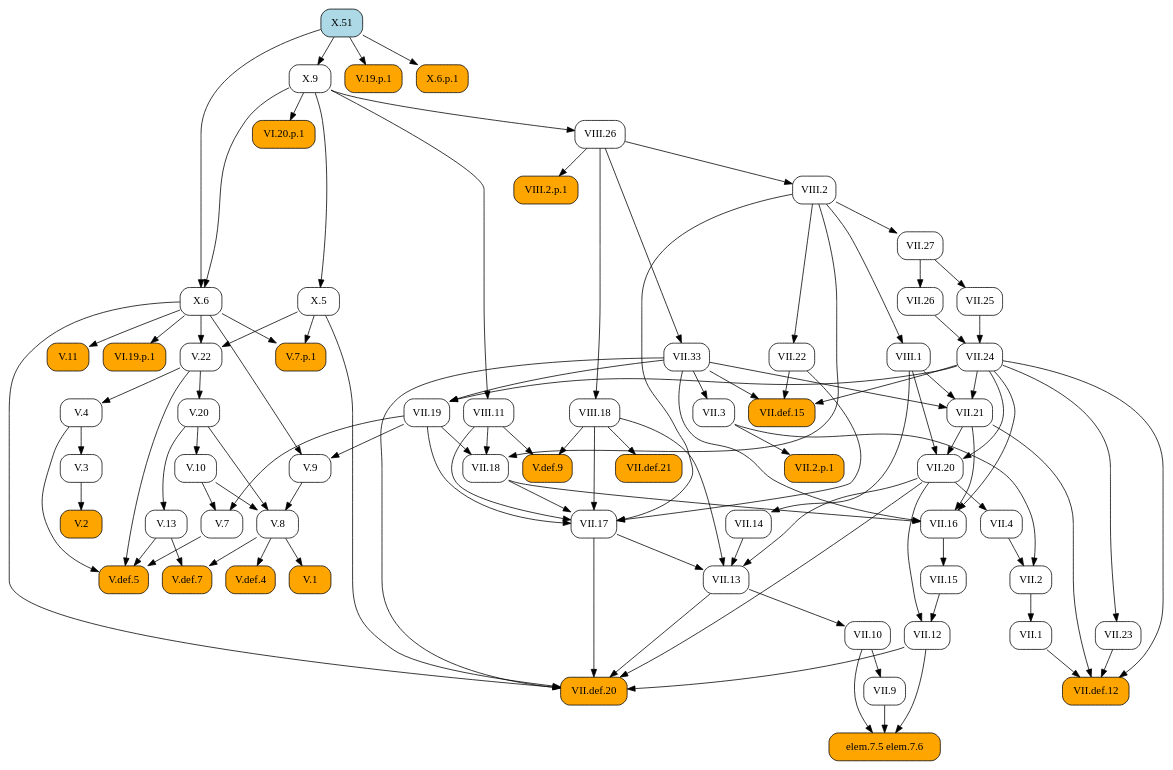
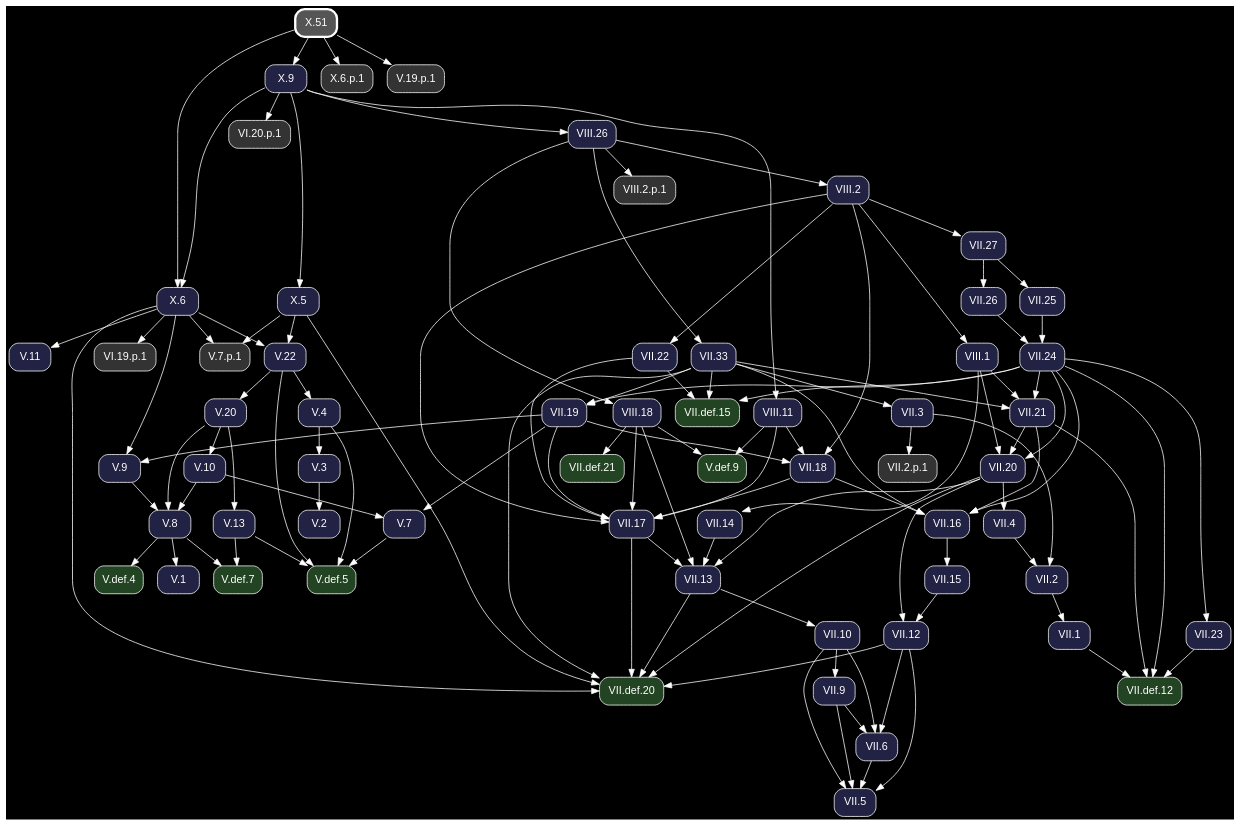
The diagram in docsrc/heath/X/51/index.rst (geometor/elements), drawn with Graphviz before and after one commit. The commit also changed other lines of this file and 1200 other files, not shown here.

Commit message:
update dependency graphs

```diff
--- a/docsrc/heath/X/51/index.rst
+++ b/docsrc/heath/X/51/index.rst
@@ -47,122 +47,88 @@
 .. graphviz::
 
    digraph {
+     bgcolor="black";
+     node [shape=box, style="rounded,filled", fontname="Helvetica", color="white", fontcolor="white"];
+     edge [color="white", fontcolor="white"];
      rankdir="TB";
-     node [shape=box, style=rounded];
-     "VII.33" [URL="/heath/VII/33/", target="_top"];
-     "VII.12" [URL="/heath/VII/12/", target="_top"];
-     "elem.7.5 elem.7.6" [style="rounded,filled", fillcolor=orange];
-     "X.9" [URL="/heath/X/9/", target="_top"];
-     "VII.9" [URL="/heath/VII/9/", target="_top"];
-     "V.13" [URL="/heath/V/13/", target="_top"];
-     "VIII.2" [URL="/heath/VIII/2/", target="_top"];
-     "VII.18" [URL="/heath/VII/18/", target="_top"];
-     "VII.16" [URL="/heath/VII/16/", target="_top"];
-     "V.7" [URL="/heath/V/7/", target="_top"];
-     "V.7.p.1" [style="rounded,filled", fillcolor=orange];
-     "VII.26" [URL="/heath/VII/26/", target="_top"];
-     "V.def.5" [style="rounded,filled", fillcolor=orange, URL="/heath/V/def.5/", target="_top"];
-     "X.6" [URL="/heath/X/6/", target="_top"];
-     "V.9" [URL="/heath/V/9/", target="_top"];
-     "VII.10" [URL="/heath/VII/10/", target="_top"];
-     "VII.13" [URL="/heath/VII/13/", target="_top"];
-     "VIII.18" [URL="/heath/VIII/18/", target="_top"];
-     "V.10" [URL="/heath/V/10/", target="_top"];
-     "V.4" [URL="/heath/V/4/", target="_top"];
-     "V.20" [URL="/heath/V/20/", target="_top"];
-     "VII.def.15" [style="rounded,filled", fillcolor=orange, URL="/heath/VII/def.15/", target="_top"];
-     "VI.20.p.1" [style="rounded,filled", fillcolor=orange];
-     "V.11" [style="rounded,filled", fillcolor=orange, URL="/heath/V/11/", target="_top"];
-     "VII.17" [URL="/heath/VII/17/", target="_top"];
-     "VIII.2.p.1" [style="rounded,filled", fillcolor=orange];
-     "VIII.11" [URL="/heath/VIII/11/", target="_top"];
-     "VII.19" [URL="/heath/VII/19/", target="_top"];
-     "VII.def.20" [style="rounded,filled", fillcolor=orange, URL="/heath/VII/def.20/", target="_top"];
-     "VII.2" [URL="/heath/VII/2/", target="_top"];
-     "V.def.4" [style="rounded,filled", fillcolor=orange, URL="/heath/V/def.4/", target="_top"];
-     "VII.15" [URL="/heath/VII/15/", target="_top"];
-     "VII.2.p.1" [style="rounded,filled", fillcolor=orange];
-     "V.2" [style="rounded,filled", fillcolor=orange, URL="/heath/V/2/", target="_top"];
-     "X.51" [style="rounded,filled", fillcolor=lightblue, URL="/heath/X/51/", target="_top"];
-     "V.def.7" [style="rounded,filled", fillcolor=orange, URL="/heath/V/def.7/", target="_top"];
-     "VII.14" [URL="/heath/VII/14/", target="_top"];
-     "V.3" [URL="/heath/V/3/", target="_top"];
-     "VII.27" [URL="/heath/VII/27/", target="_top"];
-     "X.5" [URL="/heath/X/5/", target="_top"];
-     "VII.21" [URL="/heath/VII/21/", target="_top"];
-     "VI.19.p.1" [style="rounded,filled", fillcolor=orange];
-     "VII.22" [URL="/heath/VII/22/", target="_top"];
-     "VII.25" [URL="/heath/VII/25/", target="_top"];
-     "VIII.1" [URL="/heath/VIII/1/", target="_top"];
-     "VII.1" [URL="/heath/VII/1/", target="_top"];
-     "V.8" [URL="/heath/V/8/", target="_top"];
-     "VII.23" [URL="/heath/VII/23/", target="_top"];
-     "VII.4" [URL="/heath/VII/4/", target="_top"];
-     "VII.20" [URL="/heath/VII/20/", target="_top"];
-     "VII.def.12" [style="rounded,filled", fillcolor=orange, URL="/heath/VII/def.12/", target="_top"];
-     "V.22" [URL="/heath/V/22/", target="_top"];
-     "V.1" [style="rounded,filled", fillcolor=orange, URL="/heath/V/1/", target="_top"];
-     "V.def.9" [style="rounded,filled", fillcolor=orange, URL="/heath/V/def.9/", target="_top"];
-     "V.19.p.1" [style="rounded,filled", fillcolor=orange];
-     "VII.3" [URL="/heath/VII/3/", target="_top"];
-     "VII.24" [URL="/heath/VII/24/", target="_top"];
-     "VIII.26" [URL="/heath/VIII/26/", target="_top"];
-     "X.6.p.1" [style="rounded,filled", fillcolor=orange];
-     "VII.def.21" [style="rounded,filled", fillcolor=orange, URL="/heath/VII/def.21/", target="_top"];
-     "VIII.26" -> "VII.33";
-     "VII.15" -> "VII.12";
-     "VII.20" -> "VII.12";
-     "VII.9" -> "elem.7.5 elem.7.6";
-     "VII.10" -> "elem.7.5 elem.7.6";
-     "VII.12" -> "elem.7.5 elem.7.6";
-     "X.51" -> "X.9";
-     "VII.10" -> "VII.9";
-     "V.20" -> "V.13";
-     "VIII.26" -> "VIII.2";
-     "VII.19" -> "VII.18";
-     "VIII.2" -> "VII.18";
-     "VIII.11" -> "VII.18";
-     "VII.18" -> "VII.16";
-     "VII.21" -> "VII.16";
-     "VII.24" -> "VII.16";
-     "VII.33" -> "VII.16";
-     "V.10" -> "V.7";
-     "VII.19" -> "V.7";
-     "X.5" -> "V.7.p.1";
-     "X.6" -> "V.7.p.1";
-     "VII.27" -> "VII.26";
+     "V.def.5" [fillcolor="#224422", URL="/heath/V/def.5/", target="_top"];
+     "V.22" [fillcolor="#222244", URL="/heath/V/22/", target="_top"];
+     "VII.33" [fillcolor="#222244", URL="/heath/VII/33/", target="_top"];
+     "X.6" [fillcolor="#222244", URL="/heath/X/6/", target="_top"];
+     "V.def.9" [fillcolor="#224422", URL="/heath/V/def.9/", target="_top"];
+     "VII.18" [fillcolor="#222244", URL="/heath/VII/18/", target="_top"];
+     "VII.2" [fillcolor="#222244", URL="/heath/VII/2/", target="_top"];
+     "VIII.26" [fillcolor="#222244", URL="/heath/VIII/26/", target="_top"];
+     "VII.def.20" [fillcolor="#224422", URL="/heath/VII/def.20/", target="_top"];
+     "VII.26" [fillcolor="#222244", URL="/heath/VII/26/", target="_top"];
+     "VII.1" [fillcolor="#222244", URL="/heath/VII/1/", target="_top"];
+     "VII.13" [fillcolor="#222244", URL="/heath/VII/13/", target="_top"];
+     "VI.19.p.1" [fillcolor="#333333"];
+     "VIII.2.p.1" [fillcolor="#333333"];
+     "VII.27" [fillcolor="#222244", URL="/heath/VII/27/", target="_top"];
+     "VII.4" [fillcolor="#222244", URL="/heath/VII/4/", target="_top"];
+     "VII.25" [fillcolor="#222244", URL="/heath/VII/25/", target="_top"];
+     "V.4" [fillcolor="#222244", URL="/heath/V/4/", target="_top"];
+     "VII.14" [fillcolor="#222244", URL="/heath/VII/14/", target="_top"];
+     "VI.20.p.1" [fillcolor="#333333"];
+     "VII.21" [fillcolor="#222244", URL="/heath/VII/21/", target="_top"];
+     "VII.9" [fillcolor="#222244", URL="/heath/VII/9/", target="_top"];
+     "V.7" [fillcolor="#222244", URL="/heath/V/7/", target="_top"];
+     "VII.12" [fillcolor="#222244", URL="/heath/VII/12/", target="_top"];
+     "V.9" [fillcolor="#222244", URL="/heath/V/9/", target="_top"];
+     "VII.17" [fillcolor="#222244", URL="/heath/VII/17/", target="_top"];
+     "VII.24" [fillcolor="#222244", URL="/heath/VII/24/", target="_top"];
+     "VII.22" [fillcolor="#222244", URL="/heath/VII/22/", target="_top"];
+     "VIII.2" [fillcolor="#222244", URL="/heath/VIII/2/", target="_top"];
+     "X.9" [fillcolor="#222244", URL="/heath/X/9/", target="_top"];
+     "V.11" [fillcolor="#222244", URL="/heath/V/11/", target="_top"];
+     "V.def.7" [fillcolor="#224422", URL="/heath/V/def.7/", target="_top"];
+     "VII.20" [fillcolor="#222244", URL="/heath/VII/20/", target="_top"];
+     "V.def.4" [fillcolor="#224422", URL="/heath/V/def.4/", target="_top"];
+     "V.20" [fillcolor="#222244", URL="/heath/V/20/", target="_top"];
+     "VIII.18" [fillcolor="#222244", URL="/heath/VIII/18/", target="_top"];
+     "VII.5" [fillcolor="#222244", URL="/heath/VII/5/", target="_top"];
+     "X.5" [fillcolor="#222244", URL="/heath/X/5/", target="_top"];
+     "X.6.p.1" [fillcolor="#333333"];
+     "VII.def.15" [fillcolor="#224422", URL="/heath/VII/def.15/", target="_top"];
+     "VII.2.p.1" [fillcolor="#333333"];
+     "VII.6" [fillcolor="#222244", URL="/heath/VII/6/", target="_top"];
+     "VII.16" [fillcolor="#222244", URL="/heath/VII/16/", target="_top"];
+     "V.19.p.1" [fillcolor="#333333"];
+     "VII.15" [fillcolor="#222244", URL="/heath/VII/15/", target="_top"];
+     "V.2" [fillcolor="#222244", URL="/heath/V/2/", target="_top"];
+     "V.1" [fillcolor="#222244", URL="/heath/V/1/", target="_top"];
+     "VII.10" [fillcolor="#222244", URL="/heath/VII/10/", target="_top"];
+     "VII.23" [fillcolor="#222244", URL="/heath/VII/23/", target="_top"];
+     "VII.def.12" [fillcolor="#224422", URL="/heath/VII/def.12/", target="_top"];
+     "VII.19" [fillcolor="#222244", URL="/heath/VII/19/", target="_top"];
+     "V.13" [fillcolor="#222244", URL="/heath/V/13/", target="_top"];
+     "V.8" [fillcolor="#222244", URL="/heath/V/8/", target="_top"];
+     "V.7.p.1" [fillcolor="#333333"];
+     "VII.def.21" [fillcolor="#224422", URL="/heath/VII/def.21/", target="_top"];
+     "VIII.1" [fillcolor="#222244", URL="/heath/VIII/1/", target="_top"];
+     "VII.3" [fillcolor="#222244", URL="/heath/VII/3/", target="_top"];
+     "X.51" [penwidth=3, color="white", fillcolor="#555555", URL="/heath/X/51/", target="_top"];
+     "V.3" [fillcolor="#222244", URL="/heath/V/3/", target="_top"];
+     "V.10" [fillcolor="#222244", URL="/heath/V/10/", target="_top"];
+     "VIII.11" [fillcolor="#222244", URL="/heath/VIII/11/", target="_top"];
      "V.4" -> "V.def.5";
      "V.7" -> "V.def.5";
      "V.13" -> "V.def.5";
      "V.22" -> "V.def.5";
+     "X.5" -> "V.22";
+     "X.6" -> "V.22";
+     "VIII.26" -> "VII.33";
      "X.9" -> "X.6";
      "X.51" -> "X.6";
-     "VII.19" -> "V.9";
-     "X.6" -> "V.9";
-     "VII.13" -> "VII.10";
-     "VII.14" -> "VII.13";
-     "VII.17" -> "VII.13";
-     "VII.20" -> "VII.13";
-     "VIII.18" -> "VII.13";
-     "VIII.26" -> "VIII.18";
-     "V.20" -> "V.10";
-     "V.22" -> "V.4";
-     "V.22" -> "V.20";
-     "VII.22" -> "VII.def.15";
-     "VII.24" -> "VII.def.15";
-     "VII.33" -> "VII.def.15";
-     "X.9" -> "VI.20.p.1";
-     "X.6" -> "V.11";
-     "VII.18" -> "VII.17";
-     "VII.19" -> "VII.17";
-     "VII.22" -> "VII.17";
-     "VIII.2" -> "VII.17";
-     "VIII.11" -> "VII.17";
-     "VIII.18" -> "VII.17";
-     "VIII.26" -> "VIII.2.p.1";
-     "X.9" -> "VIII.11";
-     "VII.24" -> "VII.19";
-     "VII.33" -> "VII.19";
+     "VIII.11" -> "V.def.9";
+     "VIII.18" -> "V.def.9";
+     "VII.19" -> "VII.18";
+     "VIII.2" -> "VII.18";
+     "VIII.11" -> "VII.18";
+     "VII.3" -> "VII.2";
+     "VII.4" -> "VII.2";
+     "X.9" -> "VIII.26";
      "VII.12" -> "VII.def.20";
      "VII.13" -> "VII.def.20";
      "VII.17" -> "VII.def.20";
@@ -170,48 +136,89 @@
      "VII.33" -> "VII.def.20";
      "X.5" -> "VII.def.20";
      "X.6" -> "VII.def.20";
-     "VII.3" -> "VII.2";
-     "VII.4" -> "VII.2";
-     "V.8" -> "V.def.4";
-     "VII.16" -> "VII.15";
-     "VII.3" -> "VII.2.p.1";
-     "V.3" -> "V.2";
-     "V.8" -> "V.def.7";
-     "V.13" -> "V.def.7";
+     "VII.27" -> "VII.26";
+     "VII.2" -> "VII.1";
+     "VII.14" -> "VII.13";
+     "VII.17" -> "VII.13";
+     "VII.20" -> "VII.13";
+     "VIII.18" -> "VII.13";
+     "X.6" -> "VI.19.p.1";
+     "VIII.26" -> "VIII.2.p.1";
+     "VIII.2" -> "VII.27";
+     "VII.20" -> "VII.4";
+     "VII.27" -> "VII.25";
+     "V.22" -> "V.4";
      "VIII.1" -> "VII.14";
-     "V.4" -> "V.3";
-     "VIII.2" -> "VII.27";
-     "X.9" -> "X.5";
+     "X.9" -> "VI.20.p.1";
      "VII.24" -> "VII.21";
      "VII.33" -> "VII.21";
      "VIII.1" -> "VII.21";
-     "X.6" -> "VI.19.p.1";
+     "VII.10" -> "VII.9";
+     "V.10" -> "V.7";
+     "VII.19" -> "V.7";
+     "VII.15" -> "VII.12";
+     "VII.20" -> "VII.12";
+     "VII.19" -> "V.9";
+     "X.6" -> "V.9";
+     "VII.18" -> "VII.17";
+     "VII.19" -> "VII.17";
+     "VII.22" -> "VII.17";
+     "VIII.2" -> "VII.17";
+     "VIII.11" -> "VII.17";
+     "VIII.18" -> "VII.17";
+     "VII.25" -> "VII.24";
+     "VII.26" -> "VII.24";
      "VIII.2" -> "VII.22";
-     "VII.27" -> "VII.25";
-     "VIII.2" -> "VIII.1";
-     "VII.2" -> "VII.1";
-     "V.9" -> "V.8";
-     "V.10" -> "V.8";
-     "V.20" -> "V.8";
-     "VII.24" -> "VII.23";
-     "VII.20" -> "VII.4";
+     "VIII.26" -> "VIII.2";
+     "X.51" -> "X.9";
+     "X.6" -> "V.11";
+     "V.8" -> "V.def.7";
+     "V.13" -> "V.def.7";
      "VII.21" -> "VII.20";
      "VII.24" -> "VII.20";
      "VIII.1" -> "VII.20";
+     "V.8" -> "V.def.4";
+     "V.22" -> "V.20";
+     "VIII.26" -> "VIII.18";
+     "VII.6" -> "VII.5";
+     "VII.9" -> "VII.5";
+     "VII.10" -> "VII.5";
+     "VII.12" -> "VII.5";
+     "X.9" -> "X.5";
+     "X.51" -> "X.6.p.1";
+     "VII.22" -> "VII.def.15";
+     "VII.24" -> "VII.def.15";
+     "VII.33" -> "VII.def.15";
+     "VII.3" -> "VII.2.p.1";
+     "VII.9" -> "VII.6";
+     "VII.10" -> "VII.6";
+     "VII.12" -> "VII.6";
+     "VII.18" -> "VII.16";
+     "VII.21" -> "VII.16";
+     "VII.24" -> "VII.16";
+     "VII.33" -> "VII.16";
+     "X.51" -> "V.19.p.1";
+     "VII.16" -> "VII.15";
+     "V.3" -> "V.2";
+     "V.8" -> "V.1";
+     "VII.13" -> "VII.10";
+     "VII.24" -> "VII.23";
      "VII.1" -> "VII.def.12";
      "VII.21" -> "VII.def.12";
      "VII.23" -> "VII.def.12";
      "VII.24" -> "VII.def.12";
-     "X.5" -> "V.22";
-     "X.6" -> "V.22";
-     "V.8" -> "V.1";
-     "VIII.11" -> "V.def.9";
-     "VIII.18" -> "V.def.9";
-     "X.51" -> "V.19.p.1";
+     "VII.24" -> "VII.19";
+     "VII.33" -> "VII.19";
+     "V.20" -> "V.13";
+     "V.9" -> "V.8";
+     "V.10" -> "V.8";
+     "V.20" -> "V.8";
+     "X.5" -> "V.7.p.1";
+     "X.6" -> "V.7.p.1";
+     "VIII.18" -> "VII.def.21";
+     "VIII.2" -> "VIII.1";
      "VII.33" -> "VII.3";
-     "VII.25" -> "VII.24";
-     "VII.26" -> "VII.24";
-     "X.9" -> "VIII.26";
-     "X.51" -> "X.6.p.1";
-     "VIII.18" -> "VII.def.21";
+     "V.4" -> "V.3";
+     "V.20" -> "V.10";
+     "X.9" -> "VIII.11";
    }
```
